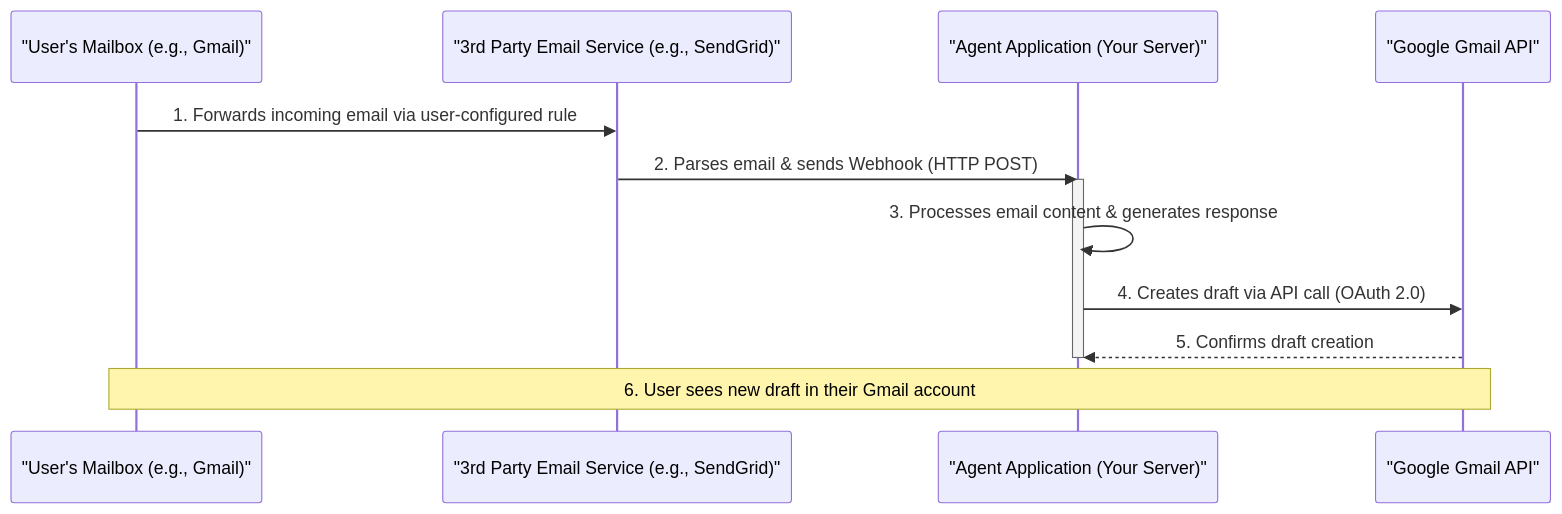
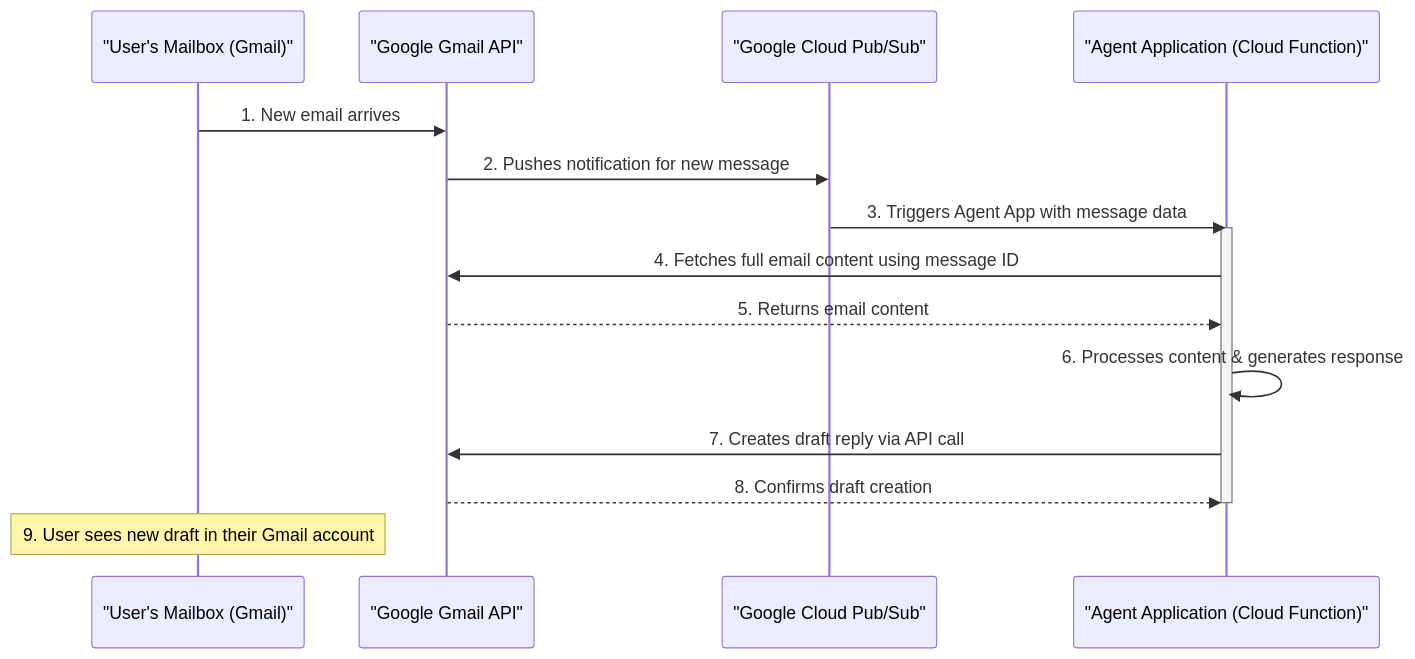
The diagram in AgentEmail.md (tgrozenski/agent_email), drawn with Mermaid before and after one commit. The commit also changed other lines of this file and 6 other files, not shown here.

````diff
--- a/AgentEmail.md
+++ b/AgentEmail.md
@@ -11,16 +11,19 @@
 ```mermaid
 sequenceDiagram
-    participant UserMailbox as "User's Mailbox (e.g., Gmail)"
-    participant WebhookService as "3rd Party Email Service (e.g., SendGrid)"
-    participant AgentApp as "Agent Application (Your Server)"
-    participant GoogleAPI as "Google Gmail API"
+    participant UserMailbox as "User's Mailbox (Gmail)"
+    participant GmailAPI as "Google Gmail API"
+    participant PubSub as "Google Cloud Pub/Sub"
+    participant AgentApp as "Agent Application (Cloud Function)"
 
-    UserMailbox->>WebhookService: 1. Forwards incoming email via user-configured rule
-    WebhookService->>AgentApp: 2. Parses email & sends Webhook (HTTP POST)
+    UserMailbox->>GmailAPI: 1. New email arrives
+    GmailAPI->>PubSub: 2. Pushes notification for new message
+    PubSub->>AgentApp: 3. Triggers Agent App with message data
     activate AgentApp
-    AgentApp->>AgentApp: 3. Processes email content & generates response
-    AgentApp->>GoogleAPI: 4. Creates draft via API call (OAuth 2.0)
-    GoogleAPI-->>AgentApp: 5. Confirms draft creation
+    AgentApp->>GmailAPI: 4. Fetches full email content using message ID
+    GmailAPI-->>AgentApp: 5. Returns email content
+    AgentApp->>AgentApp: 6. Processes content & generates response
+    AgentApp->>GmailAPI: 7. Creates draft reply via API call
+    GmailAPI-->>AgentApp: 8. Confirms draft creation
     deactivate AgentApp
-    Note over UserMailbox, GoogleAPI: 6. User sees new draft in their Gmail account
+    Note over UserMailbox: 9. User sees new draft in their Gmail account
 ```
````
